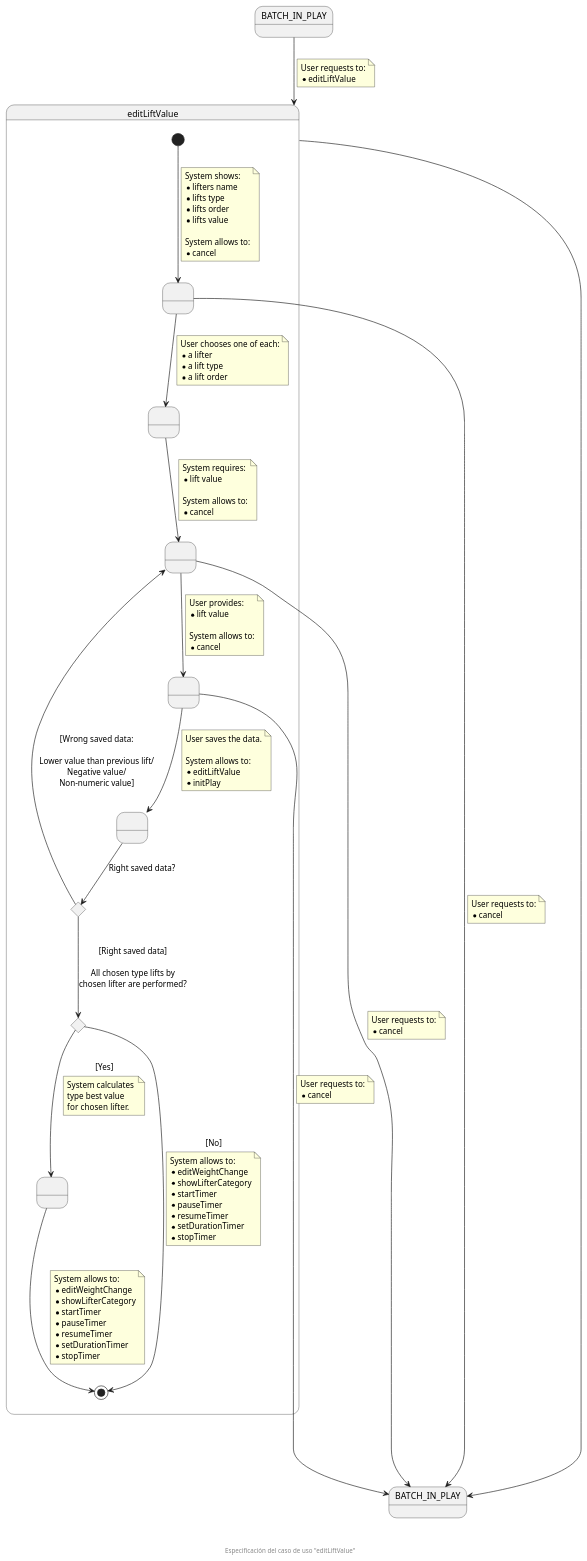
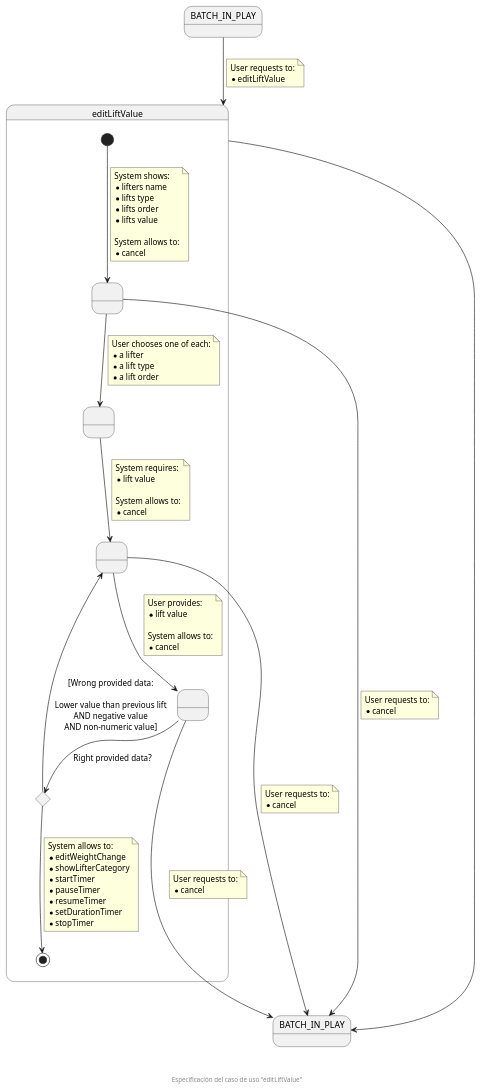
The diagram in documentation/diagrams/1_requirements/3_useCasesSpecification/competitionSecretary/03_editLiftValue.puml (zuldare/mastercloud_pfm_halterocms), drawn with PlantUML before and after one commit. The commit also changed 1 other file, not shown here.

Commit message:
Improve diagrams through Luis review meeting

```diff
--- a/documentation/diagrams/1_requirements/3_useCasesSpecification/competitionSecretary/03_editLiftValue.puml
+++ b/documentation/diagrams/1_requirements/3_useCasesSpecification/competitionSecretary/03_editLiftValue.puml
@@ -1,126 +1,94 @@
 @startuml
 state BATCH_IN_PLAY
 state "BATCH_IN_PLAY" as BATCH_IN_PLAY_F
 state editLiftValue {
   state " " as SHOWED_LIFTS_VALUE
   state " " as CHOSEN_LIFTER
   state " " as REQUIRED_DATA
   state " " as PROVIDED_DATA
-  state " " as SAVED_DATA
   state wrongDataProvidedCHC <<choice>>
-  state allTypeLiftsPerformedCHC <<choice>>
-  state " " as CALCULATED_BEST
 
   [*] --> SHOWED_LIFTS_VALUE
   note on link
     System shows:
     * lifters name
     * lifts type
     * lifts order
     * lifts value
 
     System allows to:
     * cancel
   end note
   
   SHOWED_LIFTS_VALUE --> CHOSEN_LIFTER
   note on link
     User chooses one of each:
     * a lifter
     * a lift type
     * a lift order
   end note
 
   SHOWED_LIFTS_VALUE -down-> BATCH_IN_PLAY_F
   note on link
     User requests to:
     * cancel
   end note
 
   CHOSEN_LIFTER --> REQUIRED_DATA
   note on link
     System requires:
     * lift value
 
     System allows to:
     * cancel
   end note
 
   REQUIRED_DATA -down---> BATCH_IN_PLAY_F
   note on link
     User requests to:
     * cancel
   end note
 
   REQUIRED_DATA --> PROVIDED_DATA
   note on link
     User provides:
     * lift value
 
     System allows to:
     * cancel
   end note
 
-  PROVIDED_DATA --> SAVED_DATA
-  note on link
-    User saves the data.
+  PROVIDED_DATA --> wrongDataProvidedCHC : Right provided data?
 
-    System allows to:
-    * editLiftValue
-    * initPlay
-  end note
-
-  SAVED_DATA --> wrongDataProvidedCHC : Right saved data?
-
-  wrongDataProvidedCHC --> allTypeLiftsPerformedCHC : [Right saved data]\n\nAll chosen type lifts by\nchosen lifter are performed? 
-
-  allTypeLiftsPerformedCHC --> CALCULATED_BEST : [Yes]
-  note on link
-    System calculates 
-    type best value
-    for chosen lifter.
-  end note
-
-  CALCULATED_BEST --> [*]
+  wrongDataProvidedCHC --> [*]
   note on link
     System allows to:
     * editWeightChange
     * showLifterCategory
     * startTimer
     * pauseTimer
     * resumeTimer
     * setDurationTimer
     * stopTimer
   end note
 
-  allTypeLiftsPerformedCHC --> [*] : [No]
-  note on link
-    System allows to:
-    * editWeightChange
-    * showLifterCategory
-    * startTimer
-    * pauseTimer
-    * resumeTimer
-    * setDurationTimer
-    * stopTimer
-  end note
 
-  wrongDataProvidedCHC --> REQUIRED_DATA : [Wrong saved data:\n\nLower value than previous lift/\nNegative value/\nNon-numeric value]
+  wrongDataProvidedCHC --> REQUIRED_DATA : [Wrong provided data:\n\nLower value than previous lift\nAND negative value\nAND non-numeric value]
 
-  PROVIDED_DATA -down-------> BATCH_IN_PLAY_F
+  PROVIDED_DATA -down---> BATCH_IN_PLAY_F
   note on link
     User requests to:
     * cancel
   end note
 }
 
 BATCH_IN_PLAY --> editLiftValue
 note on link
   User requests to:
   * editLiftValue
 end note
 
-editLiftValue ------> BATCH_IN_PLAY_F
+editLiftValue ---> BATCH_IN_PLAY_F
 
 footer \n\n\n Especificación del caso de uso "editLiftValue"
 @enduml
```
